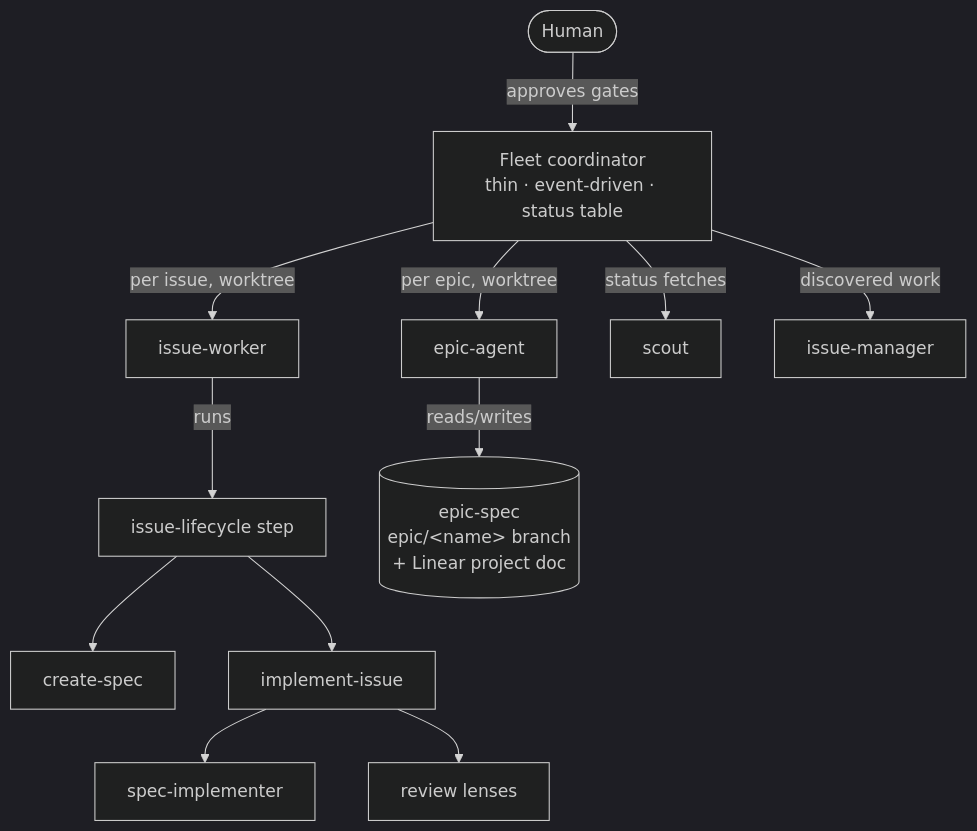
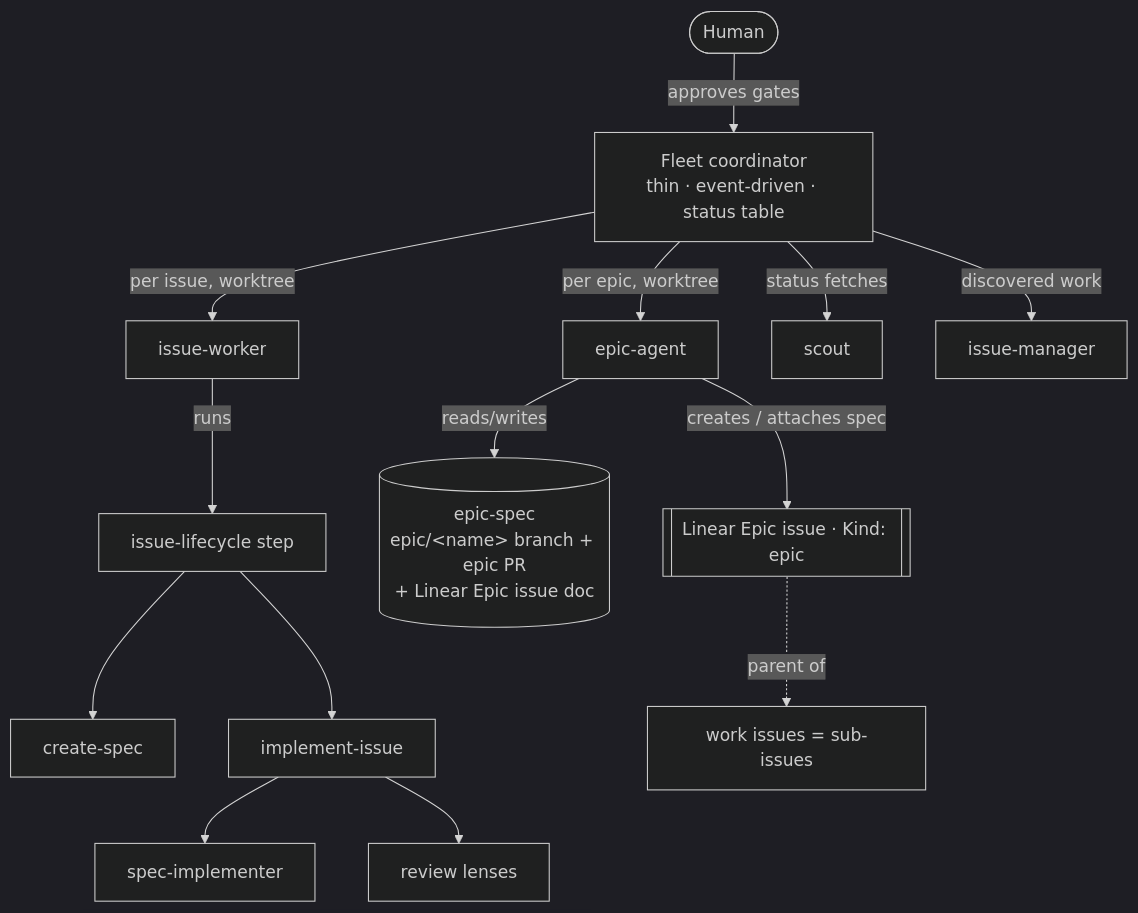
One commit to fixpoint-labs/flow-state-dev changed the first of 3 diagrams in docs/contributing/orchestration.md. Above: the diagram before and after it, drawn with Mermaid (dark theme). The commit also changed other lines of this file and 3 other files, not shown here.

First line of the commit message:
skills: model epics as Linear parent issues (epic label) with sub-issues

````diff
--- a/docs/contributing/orchestration.md
+++ b/docs/contributing/orchestration.md
@@ -28,13 +30,15 @@
 ```mermaid
 flowchart TD
   U([Human]) -->|approves gates| Fleet
   Fleet[Fleet coordinator<br/>thin · event-driven · status table]
   Fleet -->|per issue, worktree| IW[issue-worker]
   Fleet -->|per epic, worktree| EA[epic-agent]
   Fleet -->|status fetches| SC[scout]
   Fleet -->|discovered work| IM[issue-manager]
   IW -->|runs| IL[issue-lifecycle step]
   IL --> CS[create-spec] & II[implement-issue]
   II --> SI[spec-implementer] & RV[review lenses]
-  EA -->|reads/writes| ES[(epic-spec<br/>epic/&lt;name&gt; branch<br/>+ Linear project doc)]
+  EA -->|reads/writes| ES[(epic-spec<br/>epic/&lt;name&gt; branch + epic PR<br/>+ Linear Epic issue doc)]
+  EPIC[[Linear Epic issue · Kind: epic]] -.->|parent of| ISS[work issues = sub-issues]
+  EA -->|creates / attaches spec| EPIC
 ```
````
